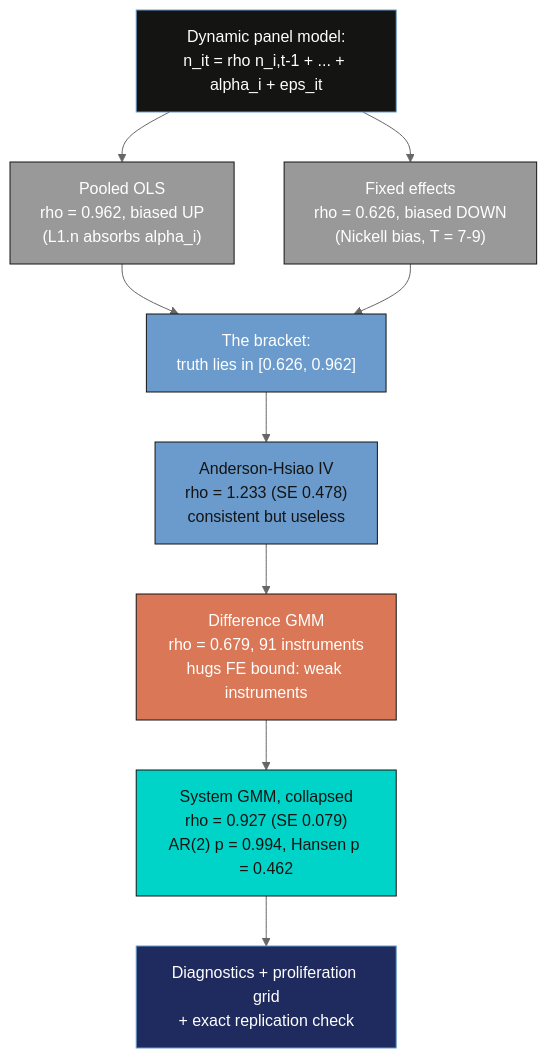
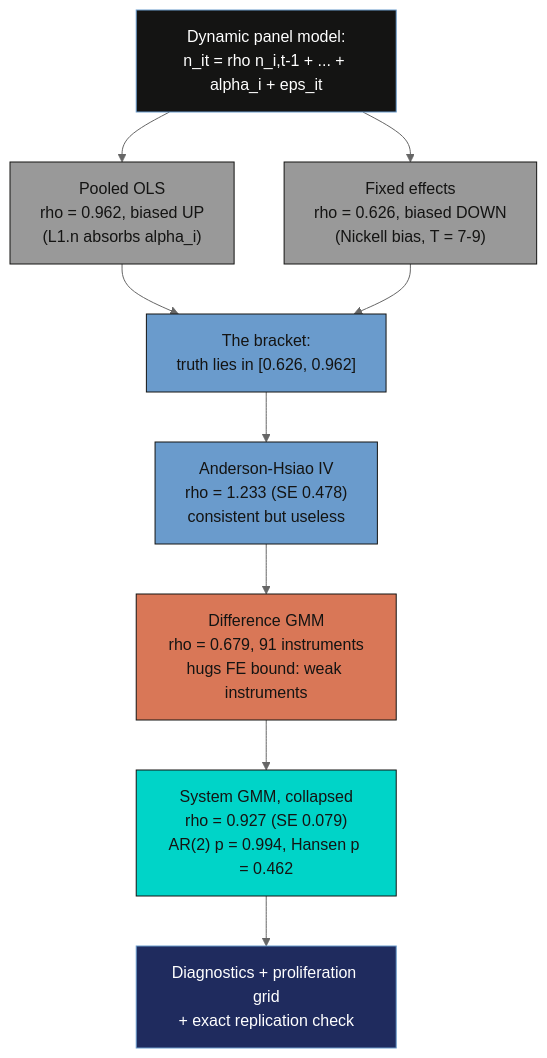
One commit to cmg777/starter-academic-v501 changed the diagram in content/post/python_dynamic_panel/index.md. Above: the diagram before and after it, drawn with Mermaid (neutral theme). The commit also changed 67 other files, not shown here.

First line of the commit message:
fix(mermaid): readable diagram text in both themes across the site

````diff
--- a/content/post/python_dynamic_panel/index.md
+++ b/content/post/python_dynamic_panel/index.md
@@ -104,20 +104,20 @@
 ```mermaid
 flowchart TD
     A["Dynamic panel model:<br/>n_it = rho n_i,t-1 + ... + alpha_i + eps_it"]
     A --> B["Pooled OLS<br/>rho = 0.962, biased UP<br/>(L1.n absorbs alpha_i)"]
     A --> C["Fixed effects<br/>rho = 0.626, biased DOWN<br/>(Nickell bias, T = 7-9)"]
     B --> D["The bracket:<br/>truth lies in [0.626, 0.962]"]
     C --> D
     D --> E["Anderson-Hsiao IV<br/>rho = 1.233 (SE 0.478)<br/>consistent but useless"]
     E --> F["Difference GMM<br/>rho = 0.679, 91 instruments<br/>hugs FE bound: weak instruments"]
     F --> G["System GMM, collapsed<br/>rho = 0.927 (SE 0.079)<br/>AR(2) p = 0.994, Hansen p = 0.462"]
     G --> H["Diagnostics + proliferation grid<br/>+ exact replication check"]
     style A fill:#141413,stroke:#6a9bcc,color:#fff
-    style B fill:#999999,stroke:#141413,color:#fff
-    style C fill:#999999,stroke:#141413,color:#fff
-    style D fill:#6a9bcc,stroke:#141413,color:#fff
+    style B fill:#999999,stroke:#141413,color:#141413
+    style C fill:#999999,stroke:#141413,color:#141413
+    style D fill:#6a9bcc,stroke:#141413,color:#141413
     style E fill:#6a9bcc,stroke:#141413,color:#141413
-    style F fill:#d97757,stroke:#141413,color:#fff
+    style F fill:#d97757,stroke:#141413,color:#141413
     style G fill:#00d4c8,stroke:#141413,color:#141413
     style H fill:#1f2b5e,stroke:#6a9bcc,color:#fff
 ```
````
